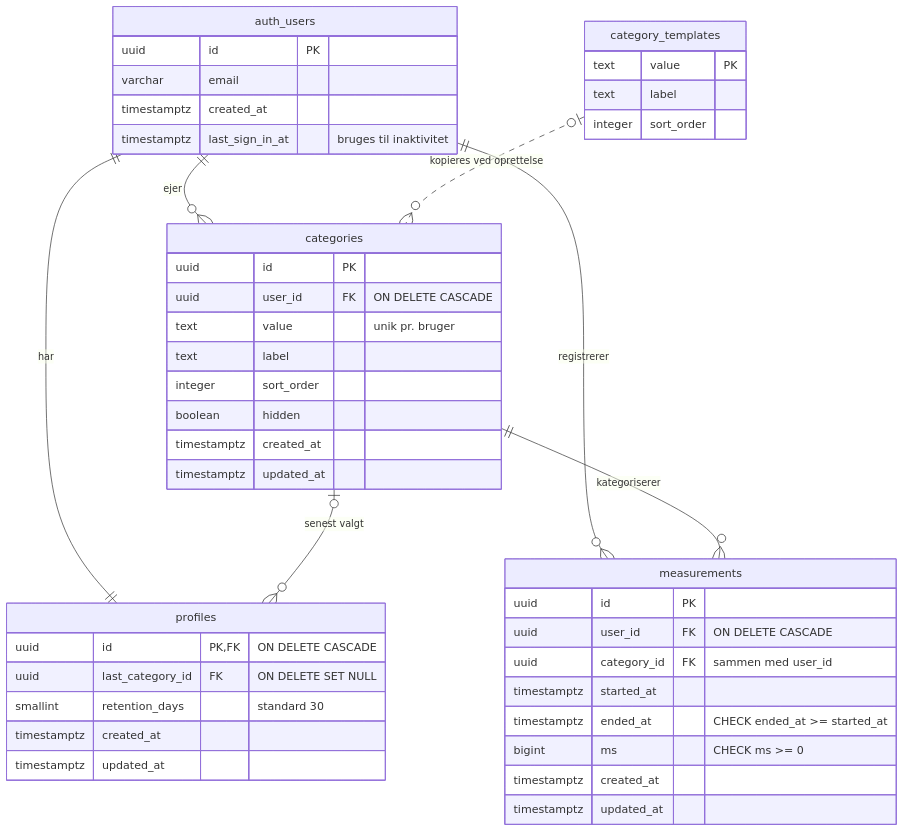
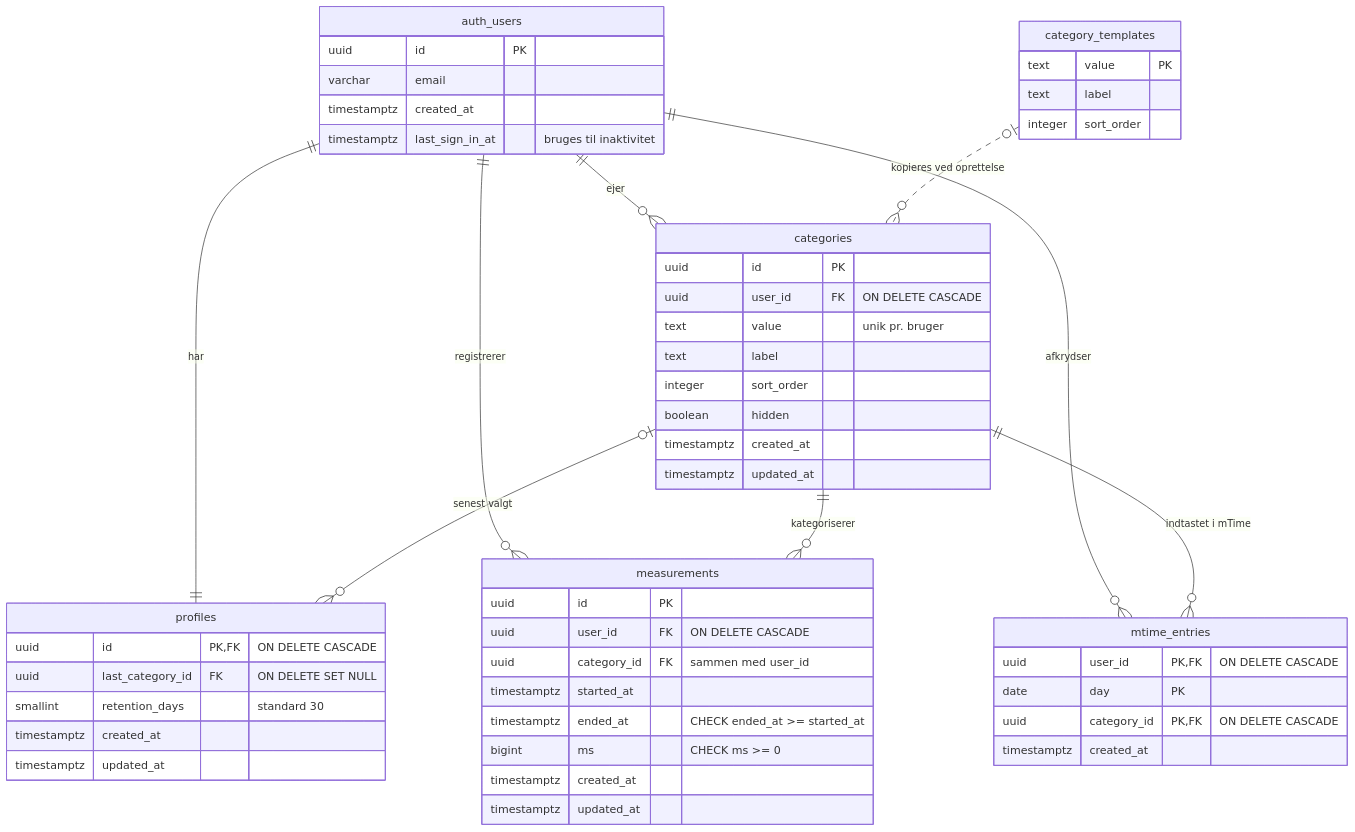
The diagram in docs/er-diagram.md (elfredlarsen/pr.cisely), drawn with Mermaid before and after one commit. The commit also changed 2 other files, not shown here.

````diff
--- a/docs/er-diagram.md
+++ b/docs/er-diagram.md
@@ -5,52 +5,61 @@
 ```mermaid
 erDiagram
   auth_users ||--|| profiles : "har"
   auth_users ||--o{ categories : "ejer"
   auth_users ||--o{ measurements : "registrerer"
   categories ||--o{ measurements : "kategoriserer"
   categories |o--o{ profiles : "senest valgt"
   category_templates |o..o{ categories : "kopieres ved oprettelse"
+  auth_users ||--o{ mtime_entries : "afkrydser"
+  categories ||--o{ mtime_entries : "indtastet i mTime"
+
+  mtime_entries {
+    uuid user_id PK, FK "ON DELETE CASCADE"
+    date day PK
+    uuid category_id PK, FK "ON DELETE CASCADE"
+    timestamptz created_at
+  }
 
   auth_users {
     uuid id PK
     varchar email
     timestamptz created_at
     timestamptz last_sign_in_at "bruges til inaktivitet"
   }
 
   profiles {
     uuid id PK, FK "ON DELETE CASCADE"
     uuid last_category_id FK "ON DELETE SET NULL"
     smallint retention_days "standard 30"
     timestamptz created_at
     timestamptz updated_at
   }
 
   categories {
     uuid id PK
     uuid user_id FK "ON DELETE CASCADE"
     text value "unik pr. bruger"
     text label
     integer sort_order
     boolean hidden
     timestamptz created_at
     timestamptz updated_at
   }
 
   measurements {
     uuid id PK
     uuid user_id FK "ON DELETE CASCADE"
     uuid category_id FK "sammen med user_id"
     timestamptz started_at
     timestamptz ended_at "CHECK ended_at >= started_at"
     bigint ms "CHECK ms >= 0"
     timestamptz created_at
     timestamptz updated_at
   }
 
   category_templates {
     text value PK
     text label
     integer sort_order
   }
 ```
````
